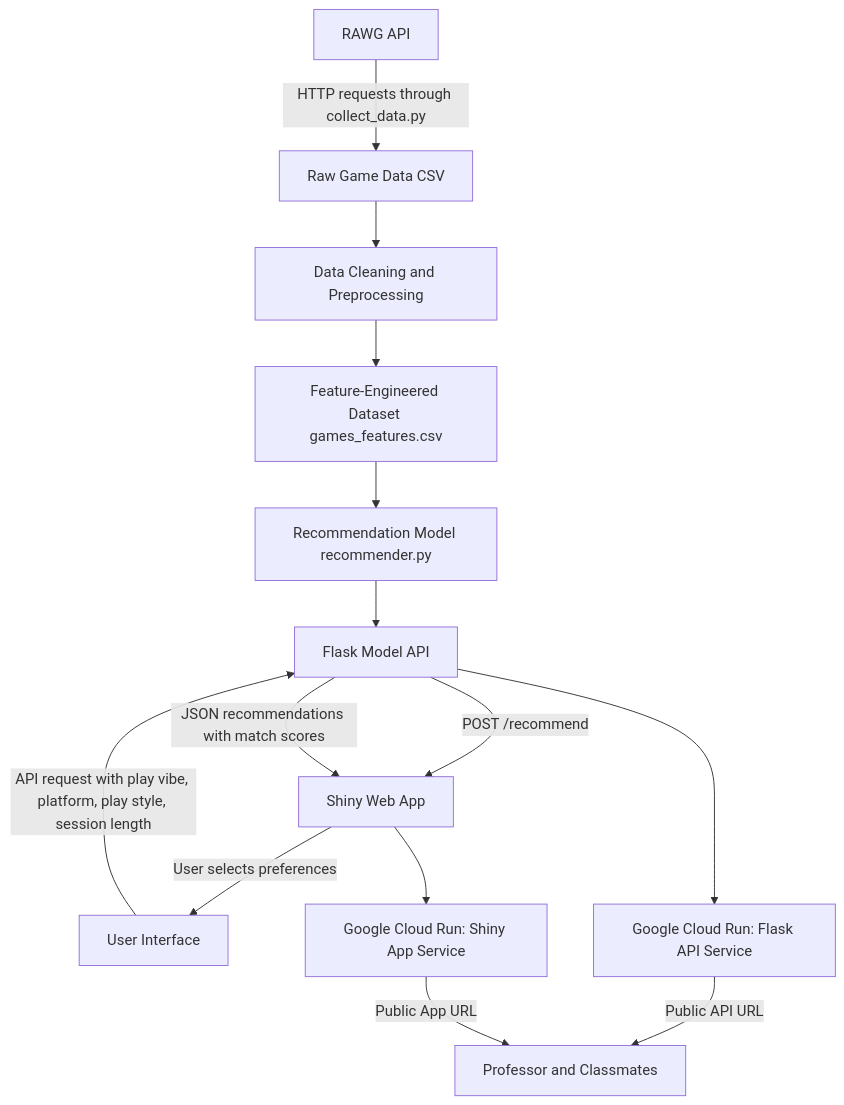
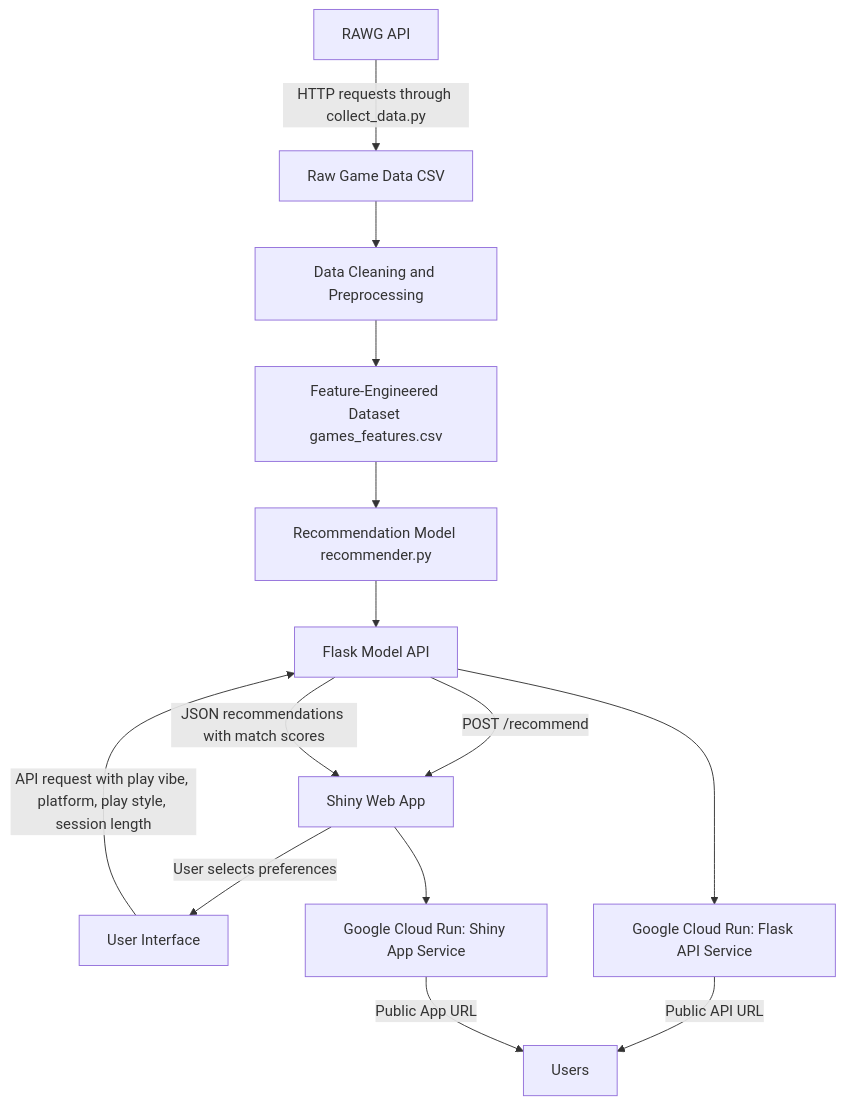
Before and after one commit to stonnneee/video-game-recommender: the diagram in README.md, drawn with Mermaid. The commit also changed other lines of this file and 13 other files, not shown here.

````diff
--- a/README.md
+++ b/README.md
@@ -82,20 +94,20 @@
 ```mermaid
 flowchart TD
     A[RAWG API] -->|HTTP requests through collect_data.py| B[Raw Game Data CSV]
     B --> C[Data Cleaning and Preprocessing]
     C --> D[Feature-Engineered Dataset games_features.csv]
 
     D --> E[Recommendation Model recommender.py]
     E --> F[Flask Model API]
 
     F -->|POST /recommend| G[Shiny Web App]
     G -->|User selects preferences| H[User Interface]
     H -->|API request with play vibe, platform, play style, session length| F
     F -->|JSON recommendations with match scores| G
 
     F --> I[Google Cloud Run: Flask API Service]
     G --> J[Google Cloud Run: Shiny App Service]
 
-    I -->|Public API URL| K[Professor and Classmates]
-    J -->|Public App URL| K[Professor and Classmates]
+    I -->|Public API URL| K[Users]
+    J -->|Public App URL| K[Users]
 ```
````
